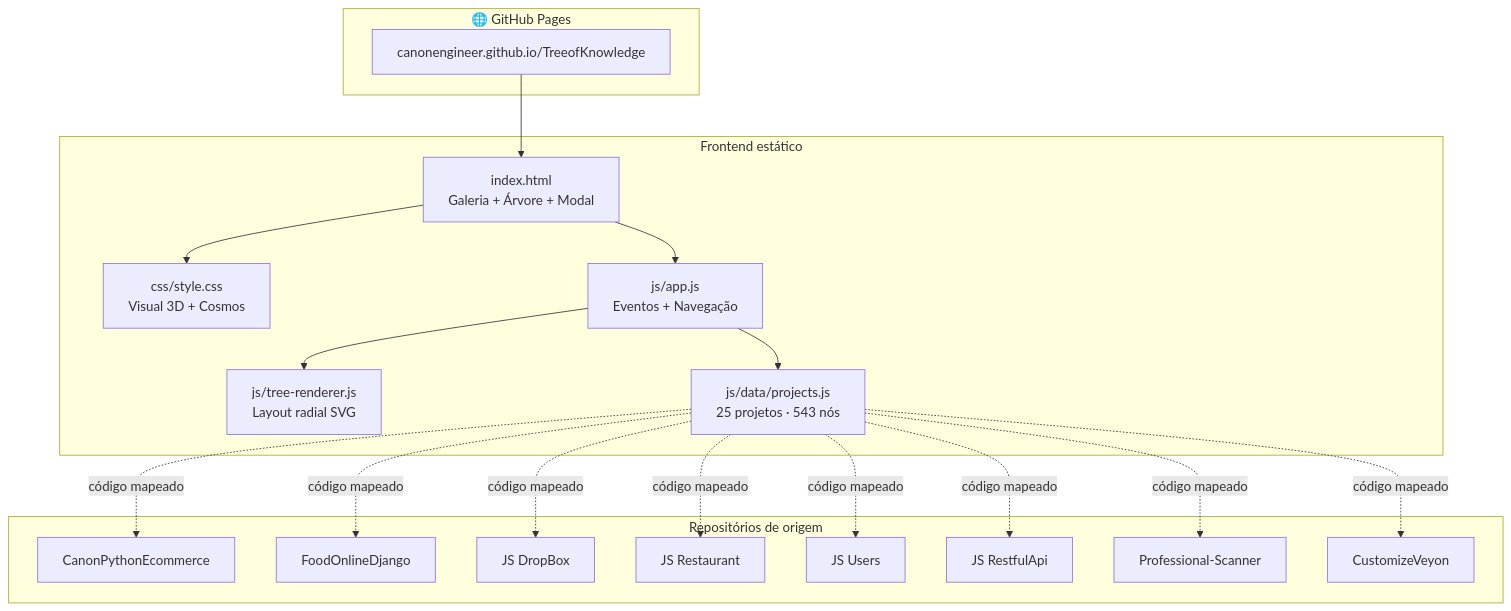
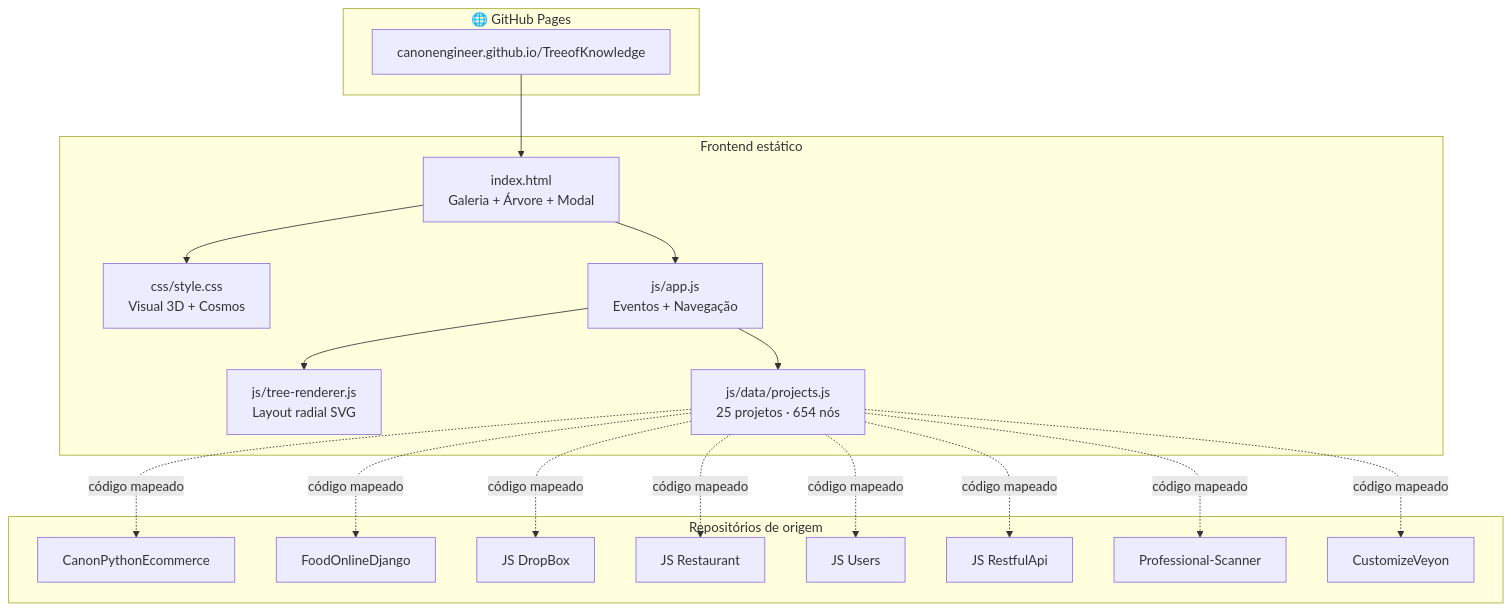
Before and after one commit to CanonEngineer/TreeofKnowledge: the first of 5 diagrams in README.md, drawn with Mermaid. The commit also changed other lines of this file and 3 other files, not shown here.

````diff
--- a/README.md
+++ b/README.md
@@ -140,39 +140,39 @@
 ```mermaid
 flowchart TB
     subgraph PAGES["🌐 GitHub Pages"]
         URL["canonengineer.github.io/TreeofKnowledge"]
     end
 
     subgraph FRONT["Frontend estático"]
         HTML["index.html<br/>Galeria + Árvore + Modal"]
         CSS["css/style.css<br/>Visual 3D + Cosmos"]
         APP["js/app.js<br/>Eventos + Navegação"]
         RENDER["js/tree-renderer.js<br/>Layout radial SVG"]
-        DATA["js/data/projects.js<br/>25 projetos · 543 nós"]
+        DATA["js/data/projects.js<br/>25 projetos · 654 nós"]
     end
 
     subgraph PROJ["Repositórios de origem"]
         P1["CanonPythonEcommerce"]
         P2["FoodOnlineDjango"]
         P3["JS DropBox"]
         P4["JS Restaurant"]
         P5["JS Users"]
         P6["JS RestfulApi"]
         P7["Professional-Scanner"]
         P8["CustomizeVeyon"]
     end
 
     URL --> HTML
     HTML --> CSS
     HTML --> APP
     APP --> RENDER
     APP --> DATA
     DATA -.->|código mapeado| P1
     DATA -.->|código mapeado| P2
     DATA -.->|código mapeado| P3
     DATA -.->|código mapeado| P4
     DATA -.->|código mapeado| P5
     DATA -.->|código mapeado| P6
     DATA -.->|código mapeado| P7
     DATA -.->|código mapeado| P8
 ```
````
